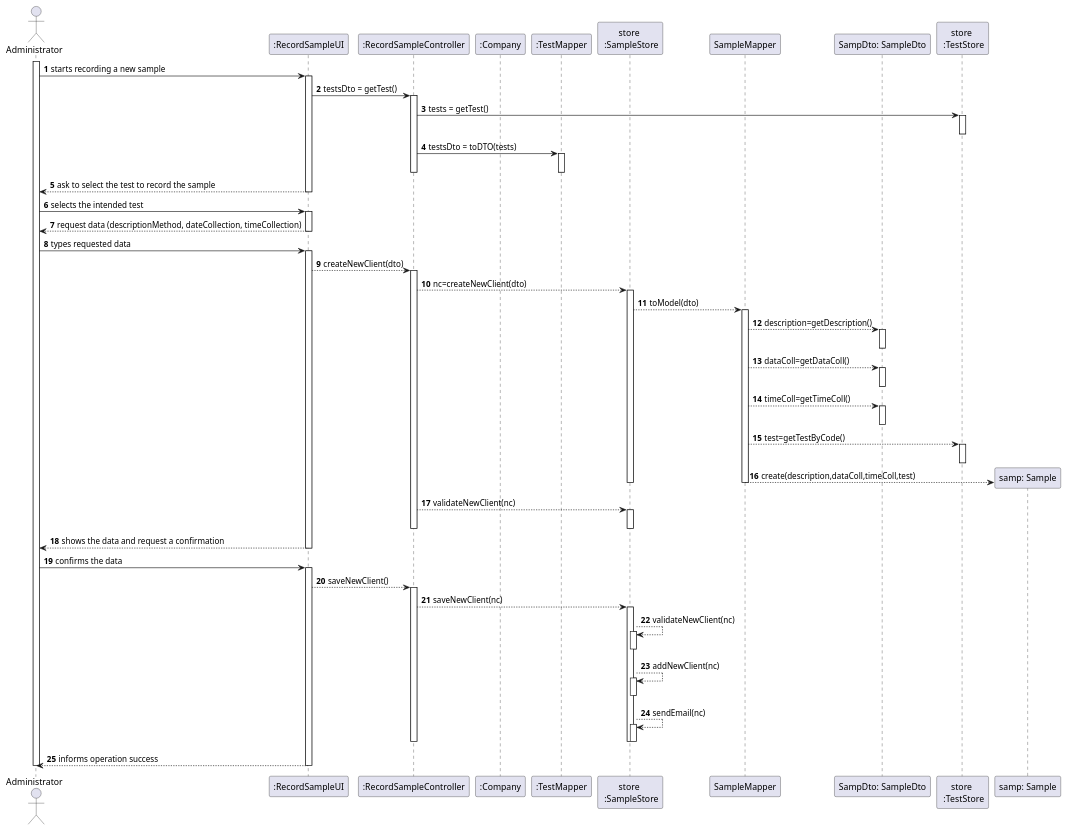
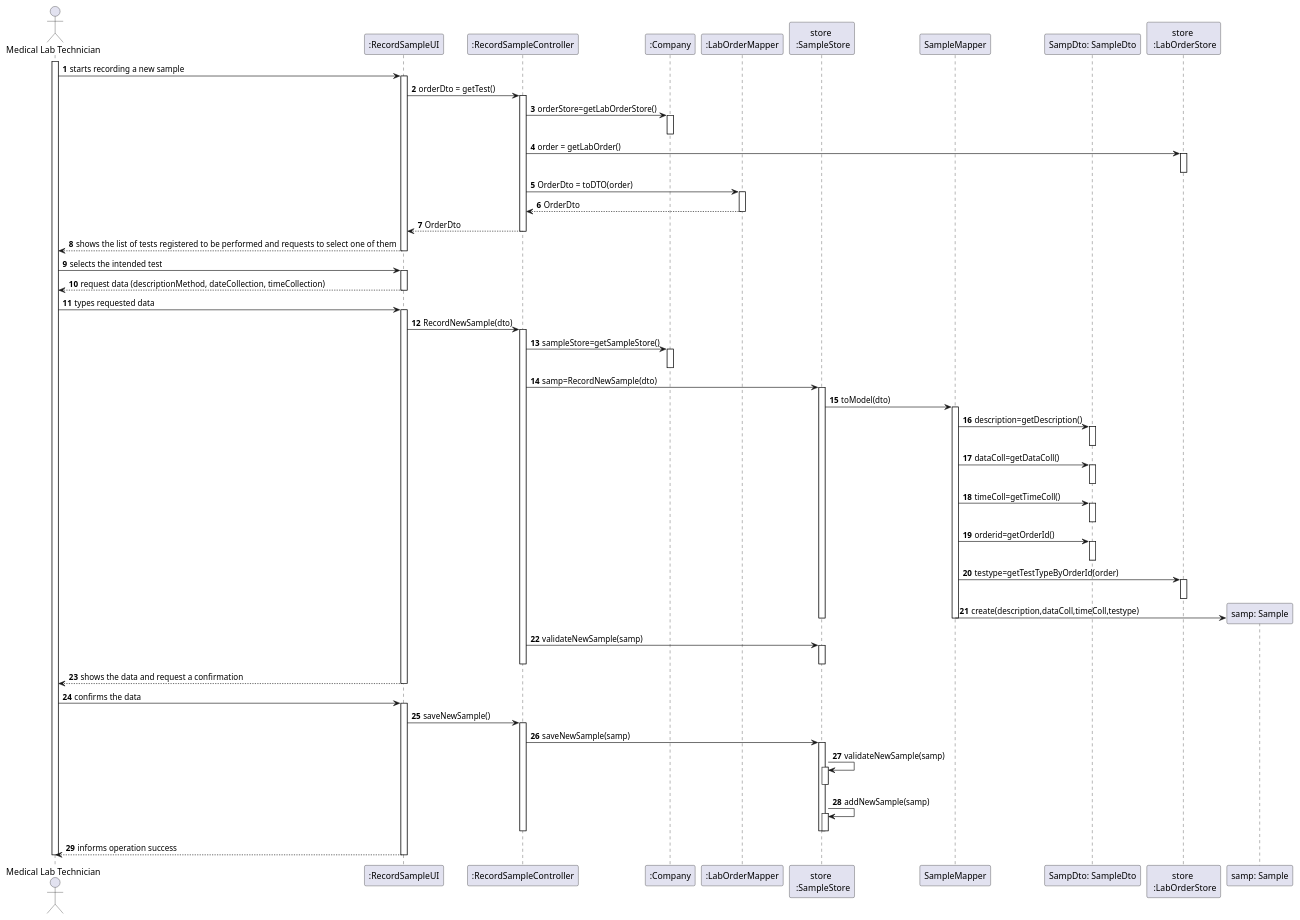
The diagram in docs/SprintC/US5_RecordTheSample/US005_SD.puml (Pedromaia26/LAPR2-ISEP), drawn with PlantUML before and after one commit. The commit also changed 7 other files, not shown here.

```diff
--- a/docs/SprintC/US5_RecordTheSample/US005_SD.puml
+++ b/docs/SprintC/US5_RecordTheSample/US005_SD.puml
@@ -1,107 +1,116 @@
 @startuml
-actor Administrator as Adm
+actor "Medical Lab Technician" as Adm
 participant ":RecordSampleUI" as Interface
 participant ":RecordSampleController" as Controller
 participant ":Company" as Company
-participant ":TestMapper" as TM
+participant ":LabOrderMapper" as TM
 participant "store \n :SampleStore" as SS
 participant "SampleMapper" as SM
 participant "SampDto: SampleDto" as SD
-participant "store \n :TestStore" as TS
+participant "store \n :LabOrderStore" as TS
 
 
 
 
  
  
 autonumber
 activate Adm
 Adm -> Interface: starts recording a new sample
 activate Interface
-Interface -> Controller: testsDto = getTest()
+Interface -> Controller: orderDto = getTest()
 activate Controller
-Controller -> TS: tests = getTest()
+Controller -> Company : orderStore=getLabOrderStore()
+activate Company
+deactivate Company
+Controller -> TS: order = getLabOrder()
 activate TS
 deactivate TS
-Controller -> TM: testsDto = toDTO(tests)
+Controller -> TM: OrderDto = toDTO(order)
 activate TM
+
+TM-->Controller : OrderDto 
 deactivate TM
+Controller-->Interface : OrderDto 
 deactivate Controller
-Interface --> Adm: ask to select the test to record the sample
+Interface --> Adm: shows the list of tests registered to be performed and requests to select one of them
 deactivate Interface
 
 
 
 Adm -> Interface: selects the intended test
 activate Interface
 Interface --> Adm: request data (descriptionMethod, dateCollection, timeCollection)
 deactivate Interface
 
 
 Adm -> Interface: types requested data
 activate Interface
-Interface-->Controller: createNewClient(dto)
+Interface->Controller: RecordNewSample(dto)
 activate Controller
-Controller-->SS: nc=createNewClient(dto)
+Controller -> Company : sampleStore=getSampleStore()
+activate Company
+Deactivate Company
+Controller->SS: samp=RecordNewSample(dto)
 activate SS
 
 
-SS-->SM: toModel(dto)
+SS->SM: toModel(dto)
 activate SM
-SM-->SD: description=getDescription()
+SM->SD: description=getDescription()
 activate SD
 deactivate SD
-SM-->SD: dataColl=getDataColl()
+SM->SD: dataColl=getDataColl()
 activate SD
 deactivate SD
-SM-->SD: timeColl=getTimeColl()
+SM->SD: timeColl=getTimeColl()
 activate SD
 deactivate SD
-SM-->TS: test=getTestByCode()
+SM->SD: orderid=getOrderId()
+activate SD
+deactivate SD
+SM->TS: testype=getTestTypeByOrderId(order)
 activate TS
 deactivate TS
 
 
 
 
 create "samp: Sample" as samp
-SM-->samp:  create(description,dataColl,timeColl,test)
+SM->samp:  create(description,dataColl,timeColl,testype)
 
 
 
 deactivate SM
 deactivate SS
 
-Controller-->SS:validateNewClient(nc)
+Controller->SS:validateNewSample(samp)
 Activate SS
 deactivate SS
 
 deactivate Controller
 
 Interface--> Adm: shows the data and request a confirmation
 deactivate Interface
 
 
 Adm -> Interface: confirms the data
 activate Interface
-Interface-->Controller: saveNewClient()
+Interface->Controller: saveNewSample()
 activate Controller
-Controller-->SS:saveNewClient(nc)
+Controller->SS:saveNewSample(samp)
 activate SS
-SS-->SS:validateNewClient(nc)
+SS->SS:validateNewSample(samp)
 activate SS
 deactivate SS
-SS-->SS:addNewClient(nc)
-activate SS
-deactivate SS
-SS-->SS:sendEmail(nc)
+SS->SS:addNewSample(samp)
 activate SS
 deactivate SS
 
 deactivate SS
 deactivate Controller
 Interface--> Adm: informs operation success
 
 deactivate Interface
 deactivate Adm
 @enduml
```
